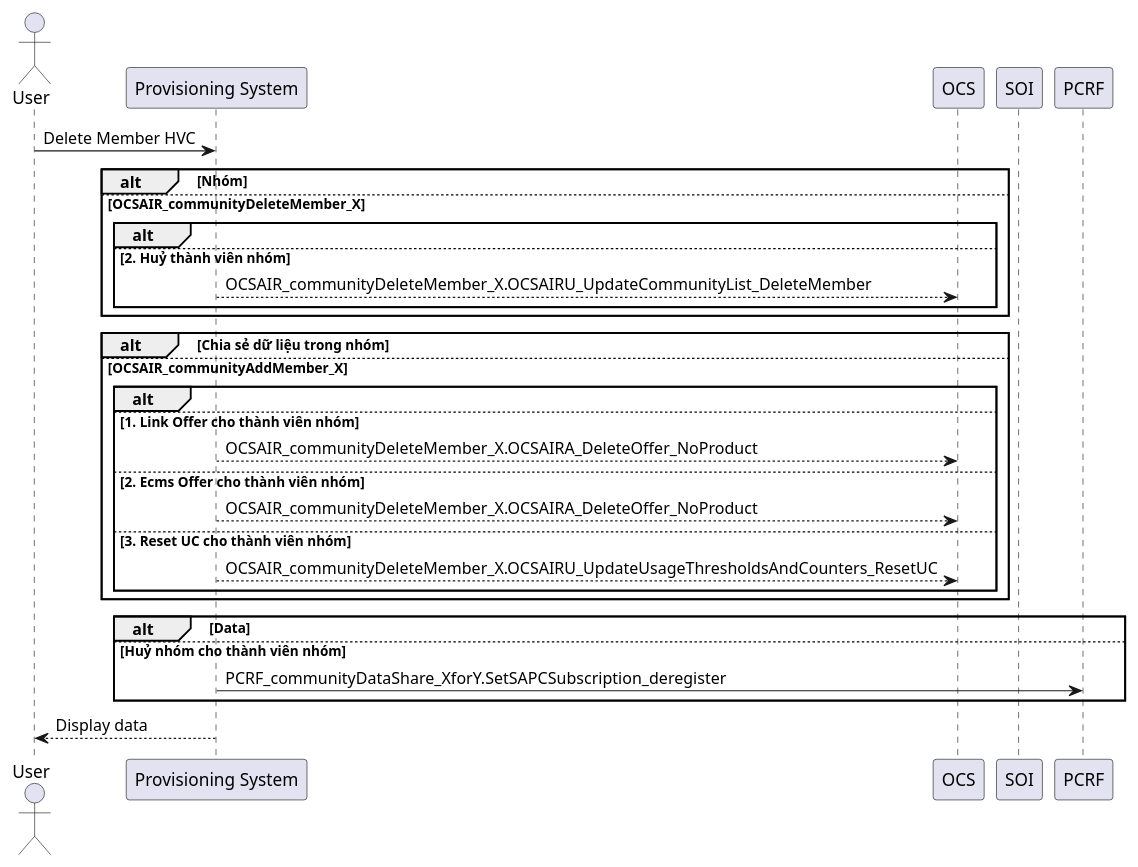
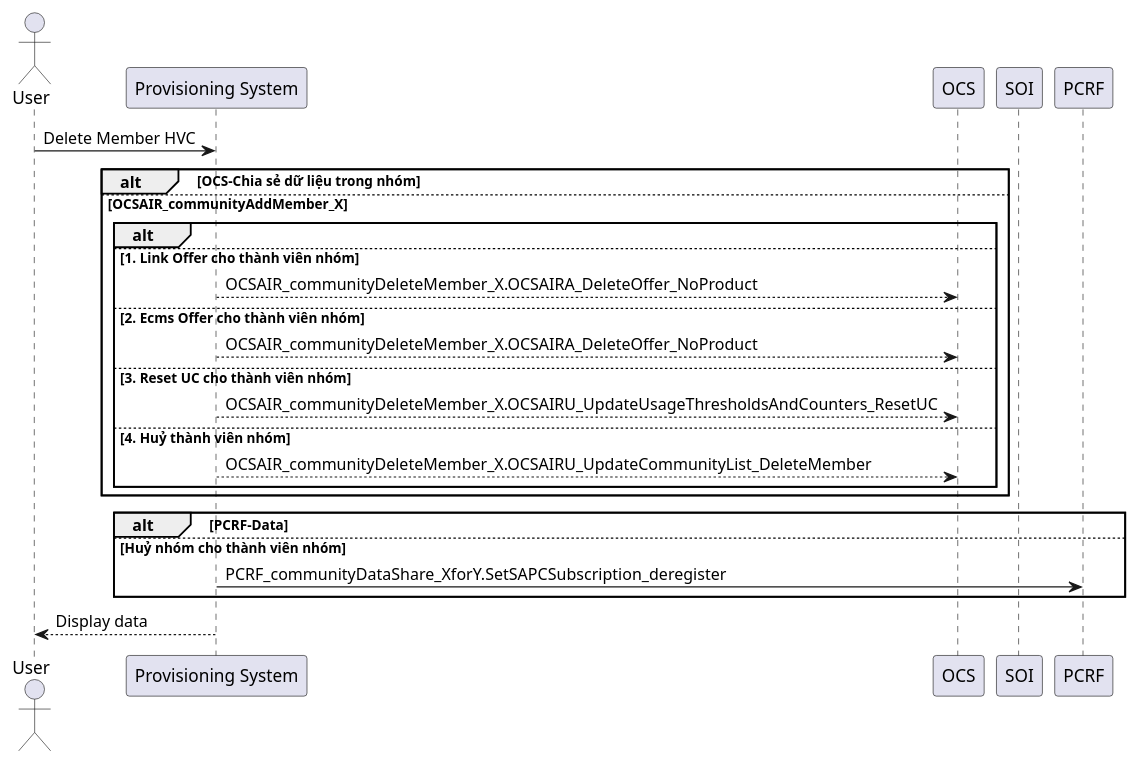
The diagram in Spec/vip199_deletemember.puml (thuannc/repo), drawn with PlantUML before and after one commit.

```diff
--- a/Spec/vip199_deletemember.puml
+++ b/Spec/vip199_deletemember.puml
@@ -1,35 +1,29 @@
 @startuml
 actor User
 participant "Provisioning System" as pro
 participant "OCS" as ocs
 participant "SOI" as soi
 participant "PCRF" as pcrf
 
 User -> pro: Delete Member HVC
 
-
-alt Nhóm
-    else OCSAIR_communityDeleteMember_X
-    alt
-        else 2. Huỷ thành viên nhóm
-            pro -->ocs: OCSAIR_communityDeleteMember_X.OCSAIRU_UpdateCommunityList_DeleteMember
-    end
-end
-
-alt Chia sẻ dữ liệu trong nhóm
+alt OCS-Chia sẻ dữ liệu trong nhóm
 else OCSAIR_communityAddMember_X
     alt
         else 1. Link Offer cho thành viên nhóm
             pro -->ocs: OCSAIR_communityDeleteMember_X.OCSAIRA_DeleteOffer_NoProduct
         else 2. Ecms Offer cho thành viên nhóm
                 pro -->ocs: OCSAIR_communityDeleteMember_X.OCSAIRA_DeleteOffer_NoProduct
         else 3. Reset UC cho thành viên nhóm
             pro -->ocs: OCSAIR_communityDeleteMember_X.OCSAIRU_UpdateUsageThresholdsAndCounters_ResetUC
+        else 4. Huỷ thành viên nhóm
+                pro -->ocs: OCSAIR_communityDeleteMember_X.OCSAIRU_UpdateCommunityList_DeleteMember
     end
 end
-alt Data
+
+alt PCRF-Data
 else Huỷ nhóm cho thành viên nhóm
-pro -> pcrf: PCRF_communityDataShare_XforY.SetSAPCSubscription_deregister
+    pro -> pcrf: PCRF_communityDataShare_XforY.SetSAPCSubscription_deregister
 end
 pro --> User: Display data
 @enduml
```
